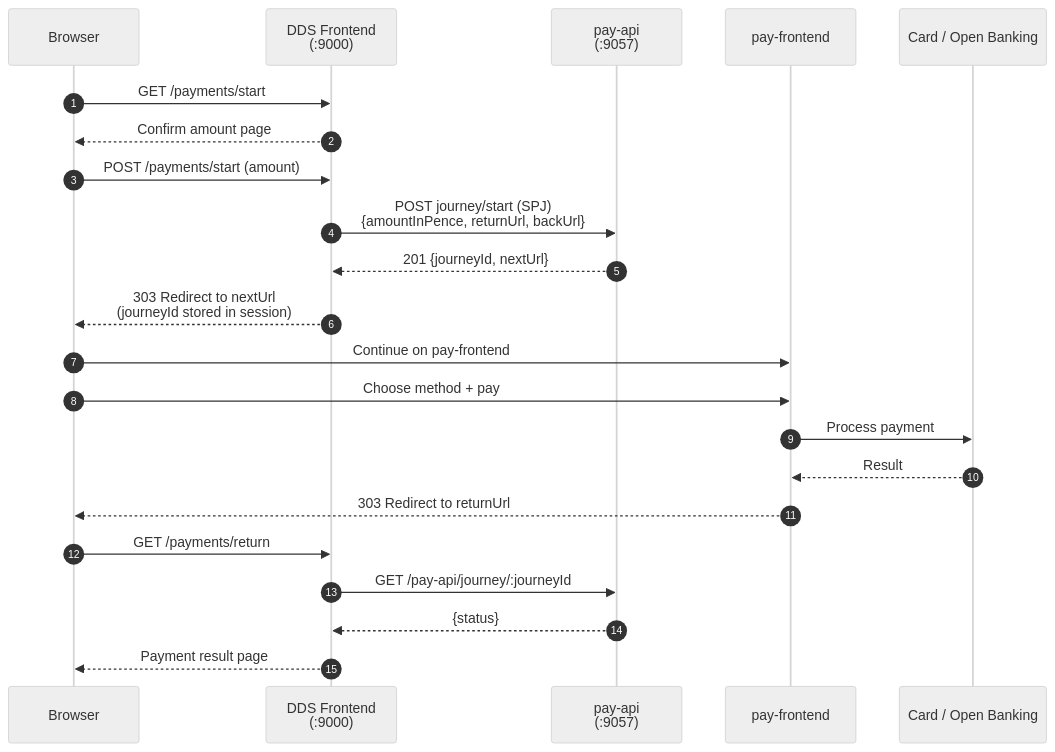
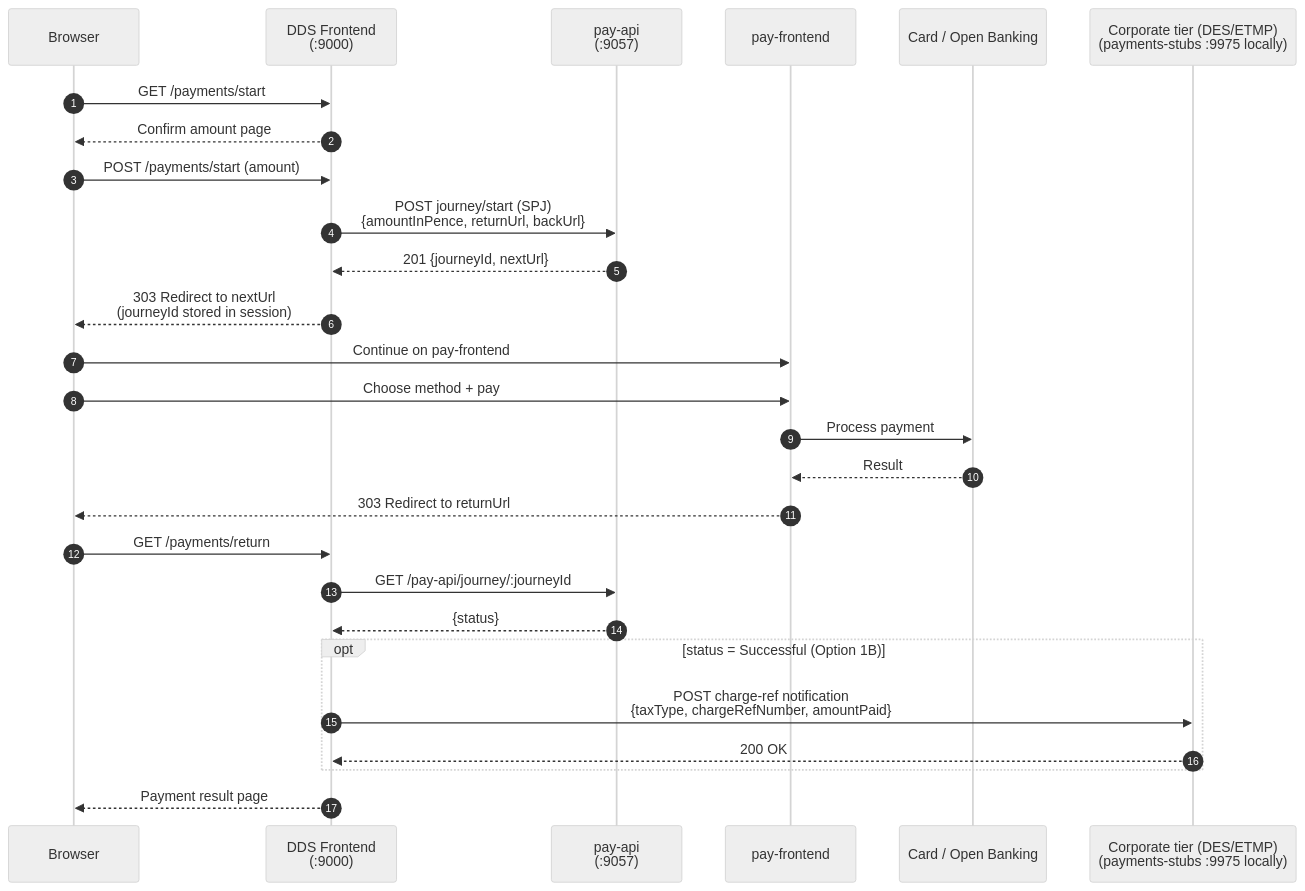
The fourth of 4 diagrams in README.md (hmrc/digital-disclosure-service-alpha-frontend), drawn with Mermaid (neutral theme) before and after one commit. The commit also changed other lines of this file and 7 other files, not shown here.

First line of the commit message:
UDS-383: Demonstrate payment correlation via charge-reference notification

````diff
--- a/README.md
+++ b/README.md
@@ -315,27 +320,32 @@
 ```mermaid
 sequenceDiagram
     autonumber
     participant User as Browser
     participant DDS as DDS Frontend<br/>(:9000)
     participant PayApi as pay-api<br/>(:9057)
     participant PayFE as pay-frontend
     participant Bank as Card / Open Banking
+    participant Corp as Corporate tier (DES/ETMP)<br/>(payments-stubs :9975 locally)
 
     User->>DDS: GET /payments/start
     DDS-->>User: Confirm amount page
     User->>DDS: POST /payments/start (amount)
     DDS->>PayApi: POST journey/start (SPJ)<br/>{amountInPence, returnUrl, backUrl}
     PayApi-->>DDS: 201 {journeyId, nextUrl}
     DDS-->>User: 303 Redirect to nextUrl<br/>(journeyId stored in session)
 
     User->>PayFE: Continue on pay-frontend
     User->>PayFE: Choose method + pay
     PayFE->>Bank: Process payment
     Bank-->>PayFE: Result
     PayFE-->>User: 303 Redirect to returnUrl
 
     User->>DDS: GET /payments/return
     DDS->>PayApi: GET /pay-api/journey/:journeyId
     PayApi-->>DDS: {status}
+    opt status = Successful (Option 1B)
+        DDS->>Corp: POST charge-ref notification<br/>{taxType, chargeRefNumber, amountPaid}
+        Corp-->>DDS: 200 OK
+    end
     DDS-->>User: Payment result page
 ```
````
